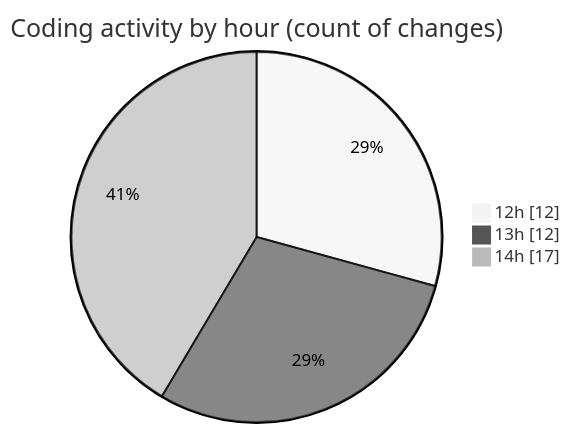
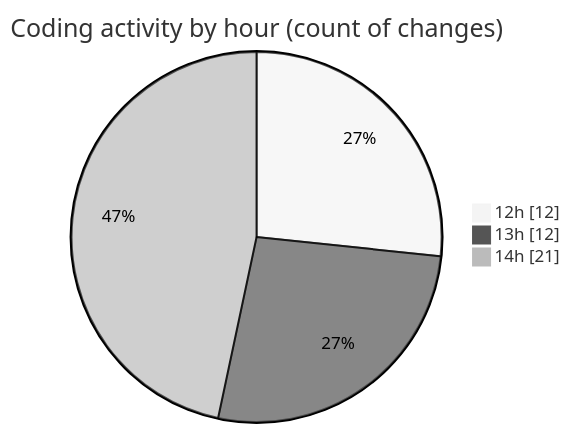
The second of 2 diagrams in 2025-09-24/cda/README.md (momahboobian/code-tracking), drawn with Mermaid (neutral theme) before and after one commit. The commit also changed other lines of this file and 1 other file, not shown here.

````diff
--- a/2025-09-24/cda/README.md
+++ b/2025-09-24/cda/README.md
@@ -35,7 +36,7 @@
 ```mermaid
 pie showData
 title Coding activity by hour (count of changes)
 "12h" : 12
 "13h" : 12
-"14h" : 17
+"14h" : 21
 ```
````
